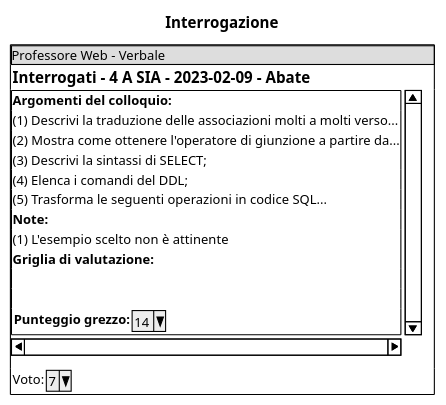
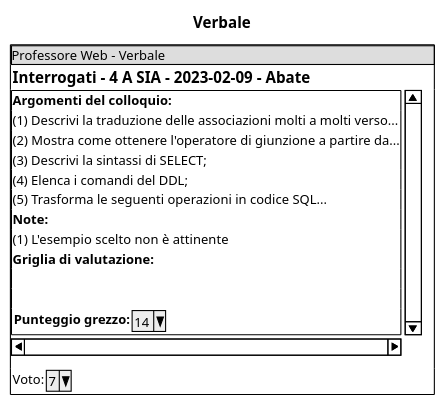
Before and after one commit to gionatamassibenincasa/materiale-didattico-per-argomento: diagram 15 of 15 in analisi-e-progettazione-software/problemi/prove_orali/prove_orali.md, drawn with PlantUML. The commit also changed other lines of this file and 9 other files, not shown here.

Commit message:
Aggiornati diagrammi

````diff
--- a/analisi-e-progettazione-software/problemi/prove_orali/prove_orali.md
+++ b/analisi-e-progettazione-software/problemi/prove_orali/prove_orali.md
@@ -226,28 +477,26 @@
-```plantuml
 @startsalt
-title Interrogazione
+title Verbale
 {+
 {* Professore Web - Verbale}
 {
 == Interrogati - 4 A SIA - 2023-02-09 - Abate
 }
 {S
 <b>Argomenti del colloquio:
 (1) Descrivi la traduzione delle associazioni molti a molti verso...
 (2) Mostra come ottenere l'operatore di giunzione a partire da...
 (3) Descrivi la sintassi di SELECT;
 (4) Elenca i comandi del DDL;
 (5) Trasforma le seguenti operazioni in codice SQL...
 
 <b>Note:
 (1) L'esempio scelto non è attinente
 
 <b>Griglia di valutazione:
 .
 .
 {<b>Punteggio grezzo: | ^14^ }
 }
 {Voto: | ^7^ }
 }
 @endsalt
-```
````
